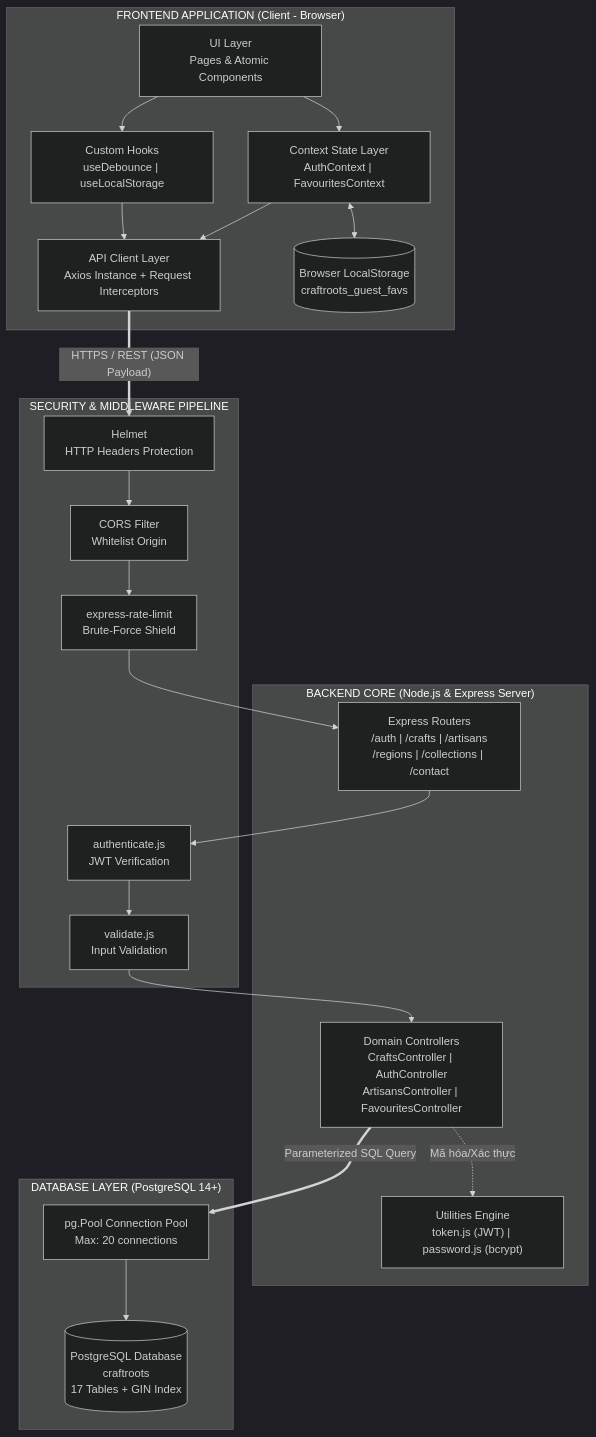
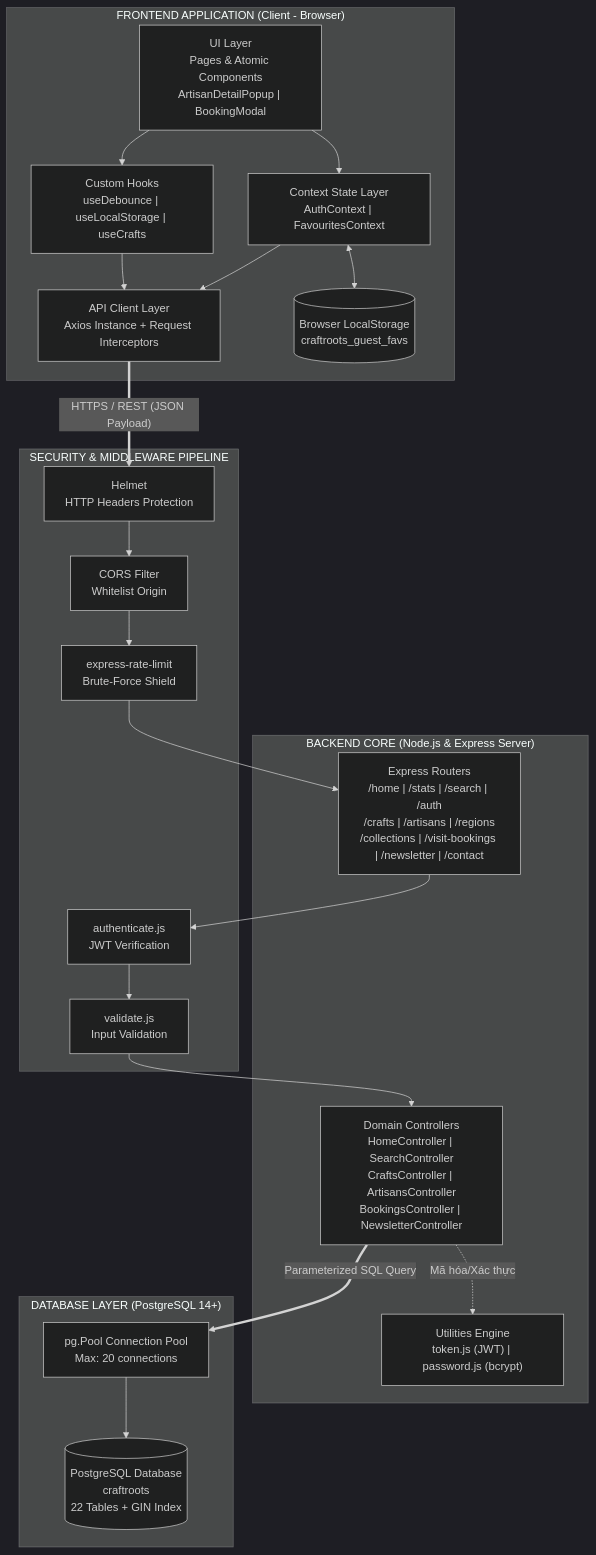
Before and after one commit to O-chit/eproject1: the first of 4 diagrams in docs/architecture.md, drawn with Mermaid (dark theme). The commit also changed other lines of this file and 47 other files, not shown here.

````diff
--- a/docs/architecture.md
+++ b/docs/architecture.md
@@ -61,42 +66,42 @@
 ```mermaid
 flowchart TB
     subgraph ClientApp["FRONTEND APPLICATION (Client - Browser)"]
-        UI["UI Layer<br/>Pages & Atomic Components"]
+        UI["UI Layer<br/>Pages & Atomic Components<br/>ArtisanDetailPopup | BookingModal"]
         Ctx["Context State Layer<br/>AuthContext | FavouritesContext"]
-        Hooks["Custom Hooks<br/>useDebounce | useLocalStorage"]
+        Hooks["Custom Hooks<br/>useDebounce | useLocalStorage | useCrafts"]
         APIClient["API Client Layer<br/>Axios Instance + Request Interceptors"]
         LStorage[("Browser LocalStorage<br/>craftroots_guest_favs")]
         
         UI --> Ctx
         UI --> Hooks
         Ctx --> APIClient
         Ctx <--> LStorage
         Hooks --> APIClient
     end
 
     subgraph SecurityShield["SECURITY & MIDDLEWARE PIPELINE"]
         HelmetMW["Helmet<br/>HTTP Headers Protection"]
         CorsMW["CORS Filter<br/>Whitelist Origin"]
         RateLimitMW["express-rate-limit<br/>Brute-Force Shield"]
         AuthMW["authenticate.js<br/>JWT Verification"]
         ValidMW["validate.js<br/>Input Validation"]
     end
 
     subgraph BackendApp["BACKEND CORE (Node.js & Express Server)"]
-        Routers["Express Routers<br/>/auth | /crafts | /artisans<br/>/regions | /collections | /contact"]
-        Controllers["Domain Controllers<br/>CraftsController | AuthController<br/>ArtisansController | FavouritesController"]
+        Routers["Express Routers<br/>/home | /stats | /search | /auth<br/>/crafts | /artisans | /regions<br/>/collections | /visit-bookings | /newsletter | /contact"]
+        Controllers["Domain Controllers<br/>HomeController | SearchController<br/>CraftsController | ArtisansController<br/>BookingsController | NewsletterController"]
         Utils["Utilities Engine<br/>token.js (JWT) | password.js (bcrypt)"]
     end
 
     subgraph PersistenceLayer["DATABASE LAYER (PostgreSQL 14+)"]
         PGPool["pg.Pool Connection Pool<br/>Max: 20 connections"]
-        DBEngine[("PostgreSQL Database<br/>craftroots<br/>17 Tables + GIN Index")]
+        DBEngine[("PostgreSQL Database<br/>craftroots<br/>22 Tables + GIN Index")]
     end
 
     APIClient == "HTTPS / REST (JSON Payload)" ==> HelmetMW
     HelmetMW --> CorsMW --> RateLimitMW --> Routers
     Routers --> AuthMW --> ValidMW --> Controllers
     Controllers -. Mã hóa/Xác thực .-> Utils
     Controllers == "Parameterized SQL Query" ==> PGPool
     PGPool --> DBEngine
 ```
````
